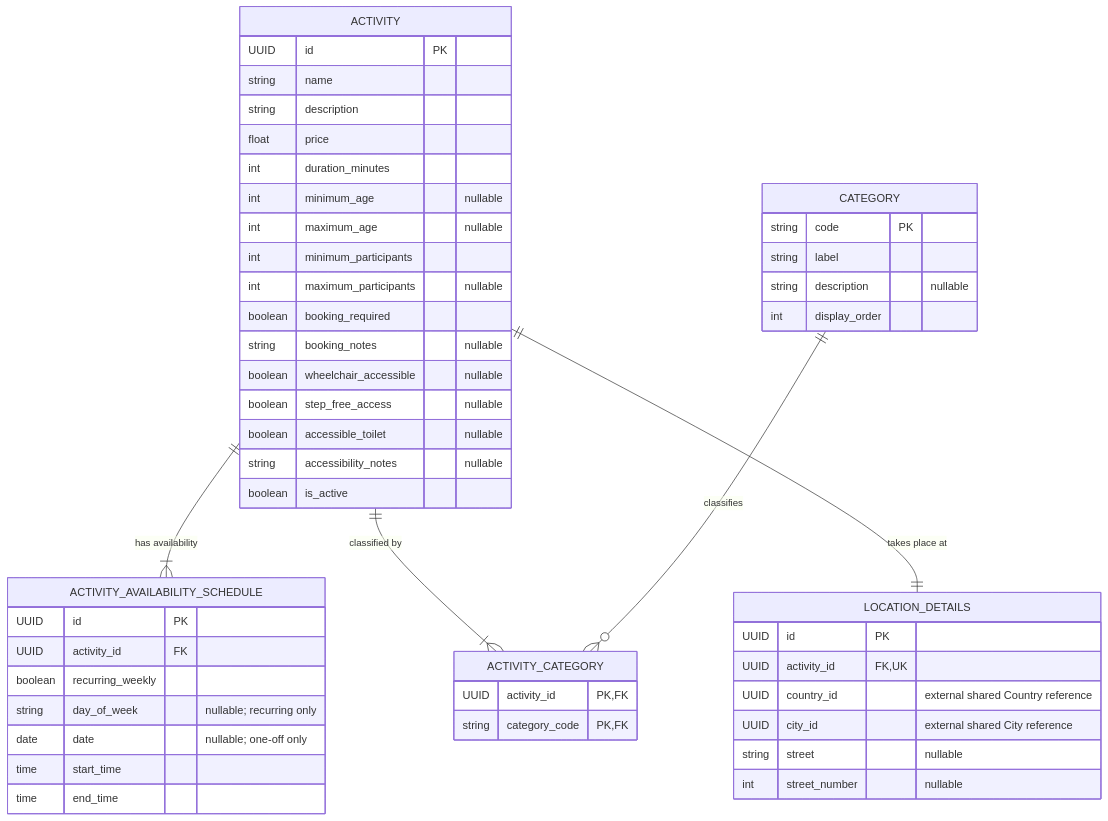
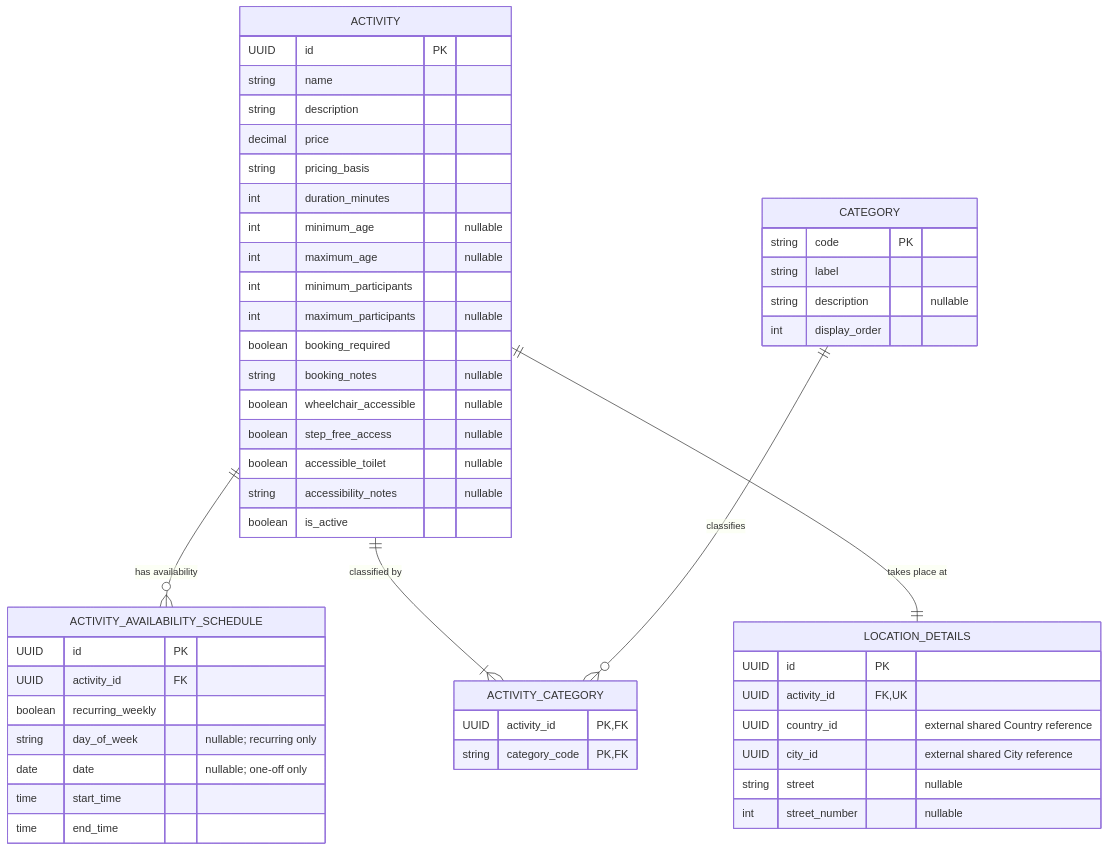
Before and after one commit to JulianKirk/TripGenie: the diagram in student-4/docs/object-model.md, drawn with Mermaid. The commit also changed other lines of this file and 3 other files, not shown here.

````diff
--- a/student-4/docs/object-model.md
+++ b/student-4/docs/object-model.md
@@ -221,57 +241,58 @@
 ```mermaid
 erDiagram
-    ACTIVITY ||--|{ ACTIVITY_AVAILABILITY_SCHEDULE : "has availability"
+    ACTIVITY ||--o{ ACTIVITY_AVAILABILITY_SCHEDULE : "has availability"
     ACTIVITY ||--|{ ACTIVITY_CATEGORY : "classified by"
     ACTIVITY ||--|| LOCATION_DETAILS : "takes place at"
     CATEGORY ||--o{ ACTIVITY_CATEGORY : "classifies"
 
     ACTIVITY {
         UUID id PK
         string name
         string description
-        float price
+        decimal price
+        string pricing_basis
         int duration_minutes
         int minimum_age "nullable"
         int maximum_age "nullable"
         int minimum_participants
         int maximum_participants "nullable"
         boolean booking_required
         string booking_notes "nullable"
         boolean wheelchair_accessible "nullable"
         boolean step_free_access "nullable"
         boolean accessible_toilet "nullable"
         string accessibility_notes "nullable"
         boolean is_active
     }
 
     LOCATION_DETAILS {
         UUID id PK
         UUID activity_id FK, UK
         UUID country_id "external shared Country reference"
         UUID city_id "external shared City reference"
         string street "nullable"
         int street_number "nullable"
     }
 
     ACTIVITY_AVAILABILITY_SCHEDULE {
         UUID id PK
         UUID activity_id FK
         boolean recurring_weekly
         string day_of_week "nullable; recurring only"
         date date "nullable; one-off only"
         time start_time
         time end_time
     }
 
     CATEGORY {
         string code PK
         string label
         string description "nullable"
         int display_order
     }
 
     ACTIVITY_CATEGORY {
         UUID activity_id PK, FK
         string category_code PK, FK
     }
 ```
````
